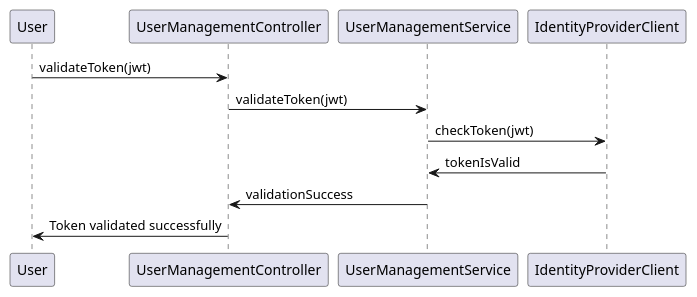
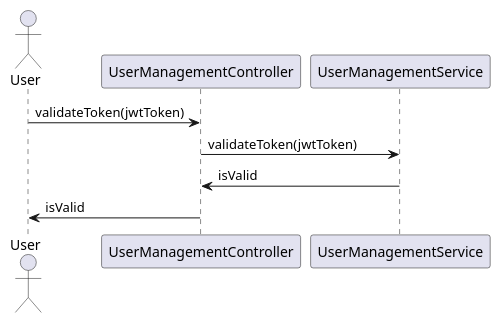
One commit to shreya-cn/autodev.ai changed the third of 4 diagrams in usermanagement/documentation/detaileddesign.adoc. Above: the diagram before and after it, drawn with PlantUML. The commit also changed other lines of this file and 7 other files, not shown here.

```diff
--- a/usermanagement/documentation/detaileddesign.adoc
+++ b/usermanagement/documentation/detaileddesign.adoc
@@ -143,14 +145,13 @@
 [plantuml, jwt-validation-sequence, png]
-....
-participant "User" as U
-participant "UserManagementController" as C
-participant "UserManagementService" as S
-participant "IdentityProviderClient" as IPC
+----
+@startuml
+actor User
+participant "UserManagementController" as Controller
+participant "UserManagementService" as Service
 
-U -> C: validateToken(jwt)
-C -> S: validateToken(jwt)
-S -> IPC: checkToken(jwt)
-IPC -> S: tokenIsValid
-S -> C: validationSuccess
-C -> U: Token validated successfully
-....
+User -> Controller: validateToken(jwtToken)
+Controller -> Service: validateToken(jwtToken)
+Service -> Controller: isValid
+Controller -> User: isValid
+@enduml
+----
```
